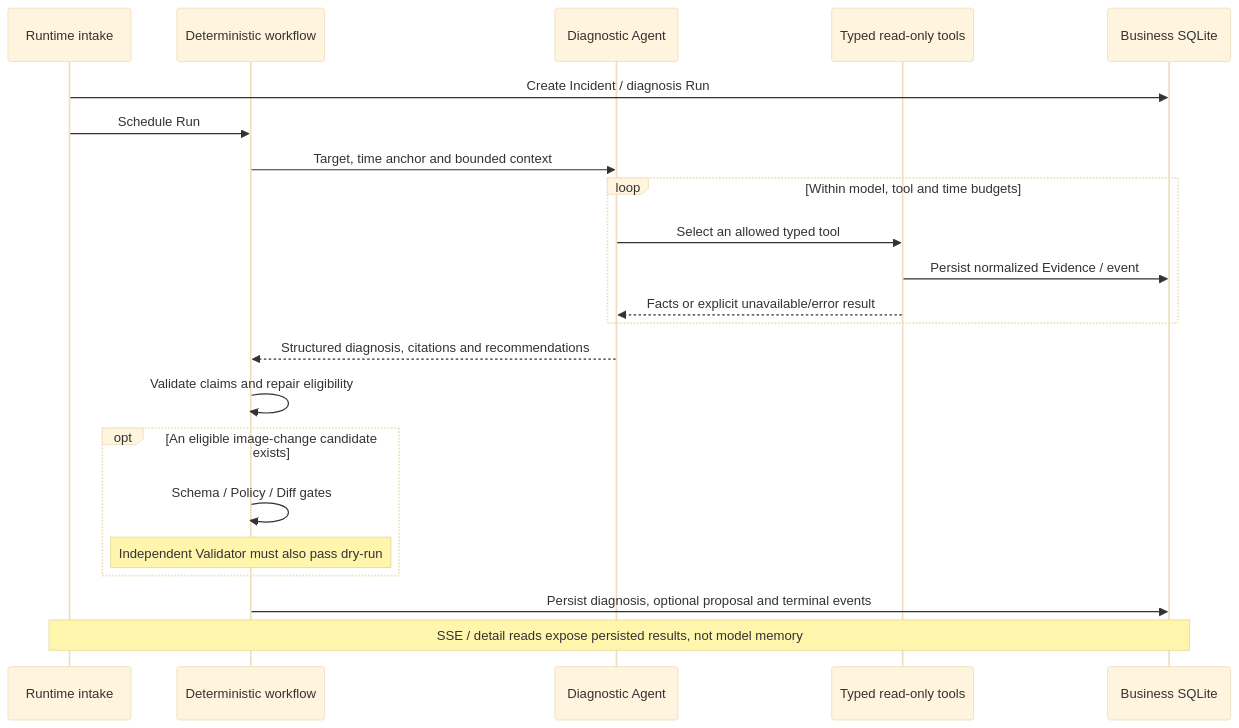
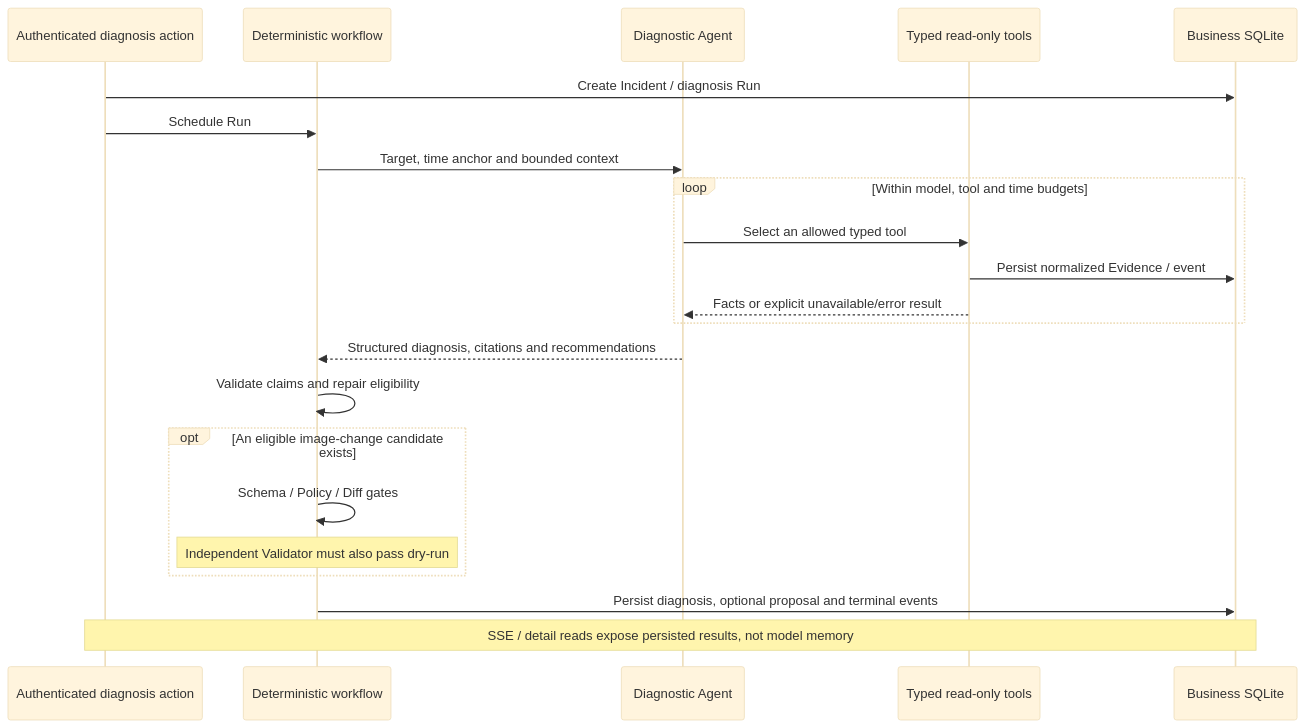
One commit to kkxiaoa/k8s-incident-agent changed the first of 2 diagrams in documentation/architecture.md. Above: the diagram before and after it, drawn with Mermaid (base theme). The commit also changed other lines of this file and 88 other files, not shown here.

````diff
--- a/documentation/architecture.md
+++ b/documentation/architecture.md
@@ -21,24 +21,24 @@
 ```mermaid
 sequenceDiagram
-    participant Intake as Runtime intake
+    participant Intake as Authenticated diagnosis action
     participant Graph as Deterministic workflow
     participant Agent as Diagnostic Agent
     participant Tools as Typed read-only tools
     participant Store as Business SQLite
     Intake->>Store: Create Incident / diagnosis Run
     Intake->>Graph: Schedule Run
     Graph->>Agent: Target, time anchor and bounded context
     loop Within model, tool and time budgets
         Agent->>Tools: Select an allowed typed tool
         Tools->>Store: Persist normalized Evidence / event
         Tools-->>Agent: Facts or explicit unavailable/error result
     end
     Agent-->>Graph: Structured diagnosis, citations and recommendations
     Graph->>Graph: Validate claims and repair eligibility
     opt An eligible image-change candidate exists
         Graph->>Graph: Schema / Policy / Diff gates
         Note over Graph: Independent Validator must also pass dry-run
     end
     Graph->>Store: Persist diagnosis, optional proposal and terminal events
     Note over Intake,Store: SSE / detail reads expose persisted results, not model memory
 ```
````
